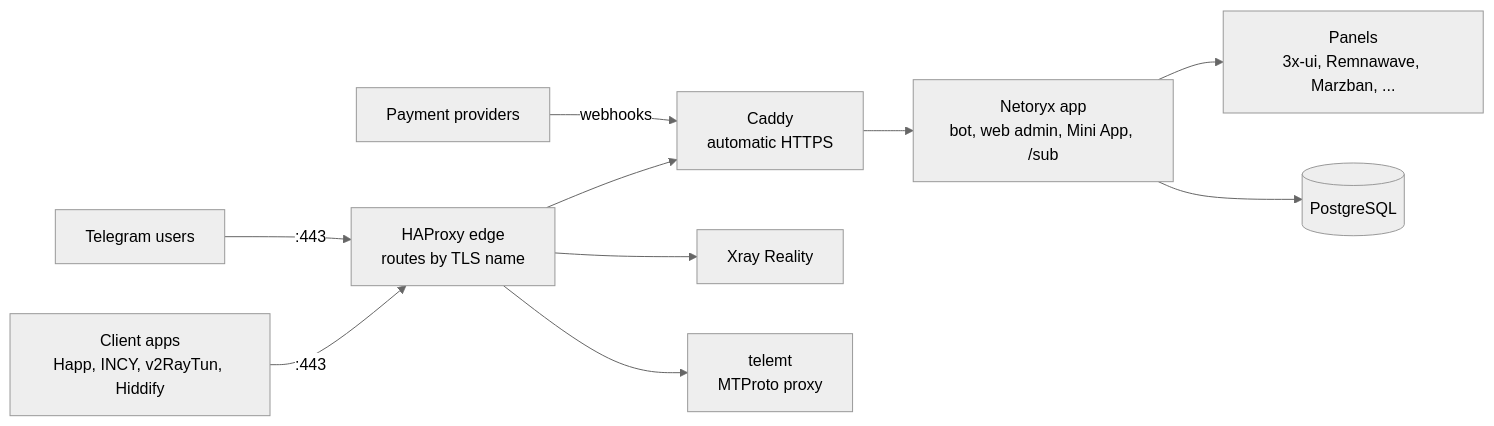
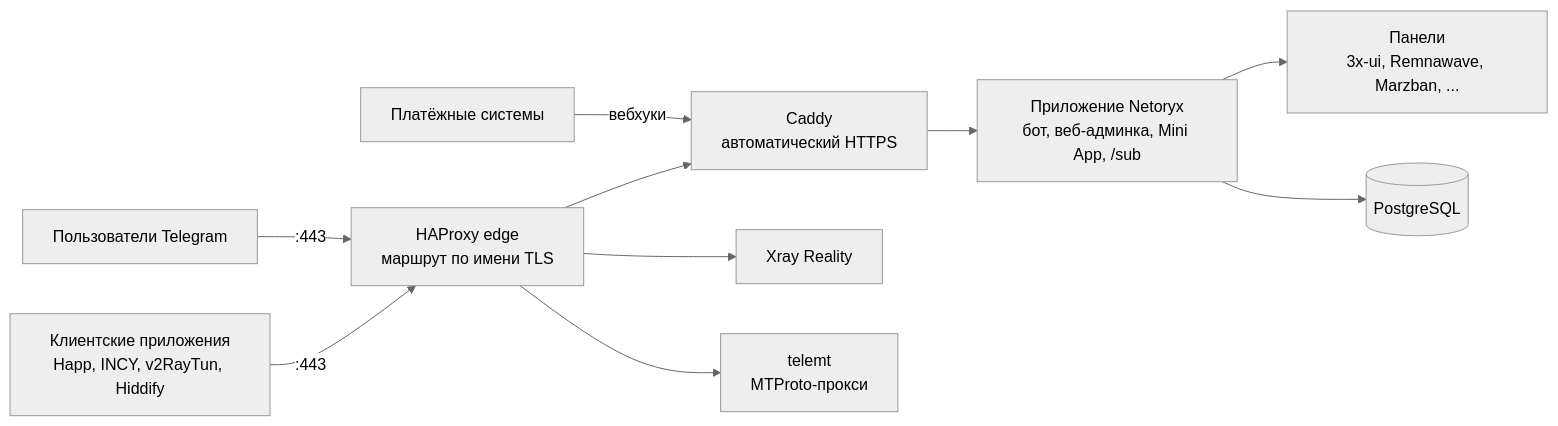
Before and after one commit to qklafk/netoryx: the diagram in README.md, drawn with Mermaid (neutral theme). The commit also changed other lines of this file and 37 other files, not shown here.

````diff
--- a/README.md
+++ b/README.md
@@ -176,12 +178,12 @@
 ```mermaid
 flowchart LR
-    C[Client apps<br/>Happ, INCY, v2RayTun, Hiddify] -->|":443"| E[HAProxy edge<br/>routes by TLS name]
-    T[Telegram users] -->|":443"| E
-    E --> W[Caddy<br/>automatic HTTPS]
+    C[Клиентские приложения<br/>Happ, INCY, v2RayTun, Hiddify] -->|":443"| E[HAProxy edge<br/>маршрут по имени TLS]
+    T[Пользователи Telegram] -->|":443"| E
+    E --> W[Caddy<br/>автоматический HTTPS]
     E --> X[Xray Reality]
-    E --> M[telemt<br/>MTProto proxy]
-    W --> A[Netoryx app<br/>bot, web admin, Mini App, /sub]
-    A --> P[Panels<br/>3x-ui, Remnawave, Marzban, ...]
+    E --> M[telemt<br/>MTProto-прокси]
+    W --> A[Приложение Netoryx<br/>бот, веб-админка, Mini App, /sub]
+    A --> P[Панели<br/>3x-ui, Remnawave, Marzban, ...]
     A --> D[(PostgreSQL)]
-    PAY[Payment providers] -->|webhooks| W
+    PAY[Платёжные системы] -->|вебхуки| W
 ```
````
